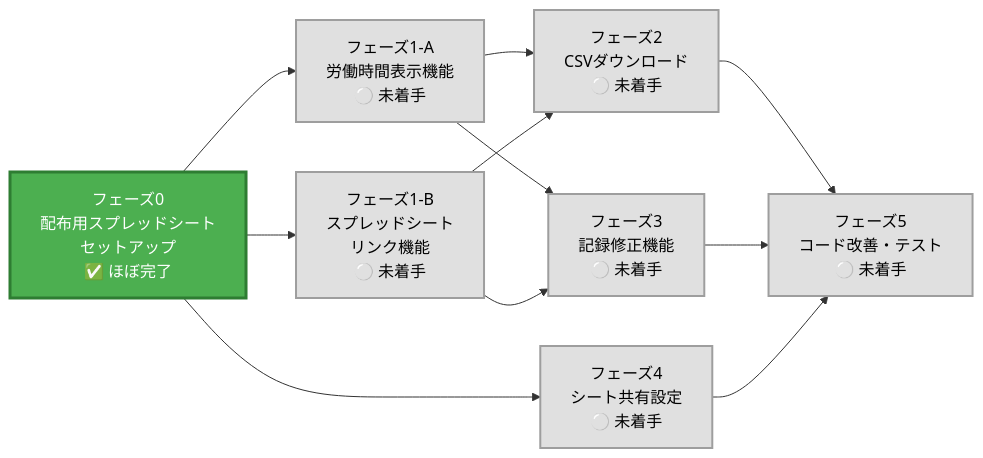
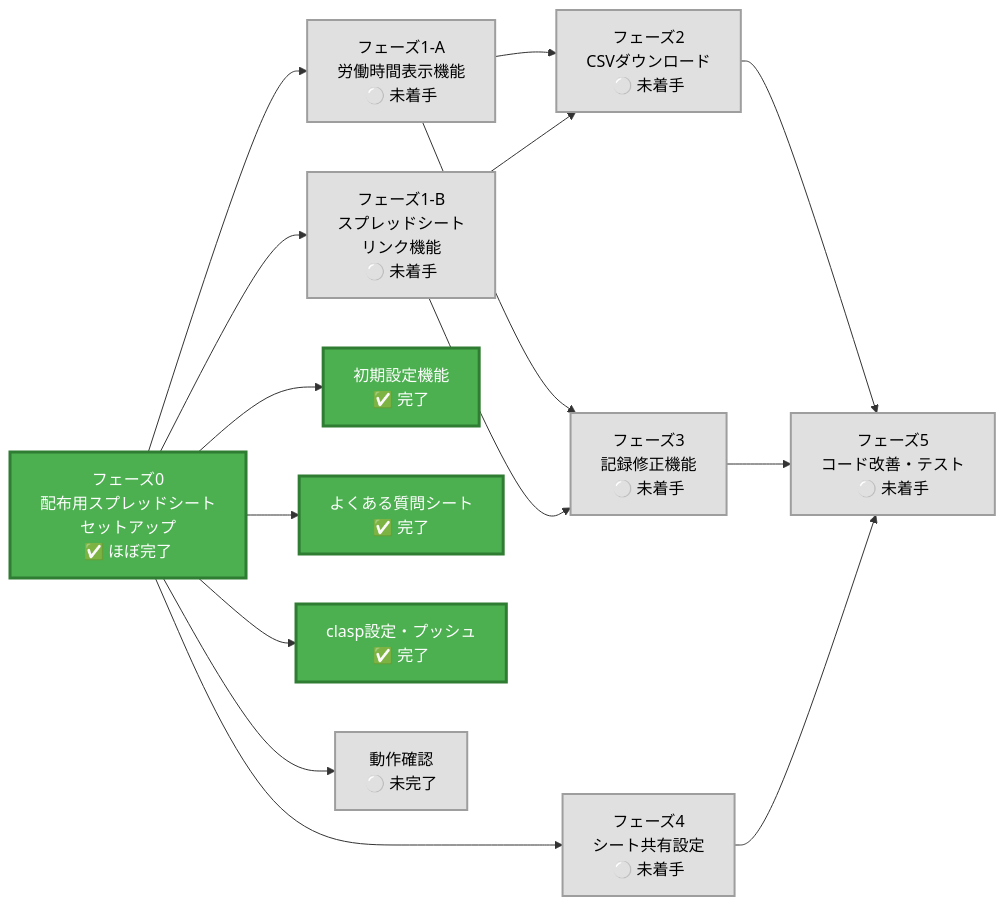
One commit to KazukiUrano/- changed the first of 2 diagrams in TODO.md. Above: the diagram before and after it, drawn with Mermaid. The commit also changed other lines of this file, not shown here.

Commit message:
docs: TODO.mdを更新（よくある質問シート、clasp設定完了を反映）

````diff
--- a/TODO.md
+++ b/TODO.md
@@ -8,38 +8,52 @@
 ```mermaid
 graph LR
     %% 第1層: フェーズ0
     P0[フェーズ0<br/>配布用スプレッドシート<br/>セットアップ<br/>✅ ほぼ完了]
     
     %% 第2層: フェーズ1（AとBは並列実行可能）
     P1A[フェーズ1-A<br/>労働時間表示機能<br/>⚪ 未着手]
     P1B[フェーズ1-B<br/>スプレッドシート<br/>リンク機能<br/>⚪ 未着手]
     P4[フェーズ4<br/>シート共有設定<br/>⚪ 未着手]
     
     %% 第3層: フェーズ2, 3（フェーズ1完了後）
     P2[フェーズ2<br/>CSVダウンロード<br/>⚪ 未着手]
     P3[フェーズ3<br/>記録修正機能<br/>⚪ 未着手]
     
     %% 第4層: フェーズ5（最終）
     P5[フェーズ5<br/>コード改善・テスト<br/>⚪ 未着手]
     
     %% 依存関係（左から右へ）
     P0 --> P1A
     P0 --> P1B
     P0 --> P4
     
     P1A --> P2
     P1A --> P3
     P1B --> P2
     P1B --> P3
     
     P2 --> P5
     P3 --> P5
     P4 --> P5
     
     %% スタイル設定
     classDef completed fill:#4CAF50,stroke:#2E7D32,stroke-width:3px,color:#fff
     classDef notStarted fill:#E0E0E0,stroke:#9E9E9E,stroke-width:2px,color:#000
     
     class P0 completed
     class P1A,P1B,P2,P3,P4,P5 notStarted
+    
+    %% フェーズ0の詳細
+    P0_1[初期設定機能<br/>✅ 完了]
+    P0_2[よくある質問シート<br/>✅ 完了]
+    P0_3[clasp設定・プッシュ<br/>✅ 完了]
+    P0_4[動作確認<br/>⚪ 未完了]
+    
+    P0 --> P0_1
+    P0 --> P0_2
+    P0 --> P0_3
+    P0 --> P0_4
+    
+    class P0_1,P0_2,P0_3 completed
+    class P0_4 notStarted
 ```
````
